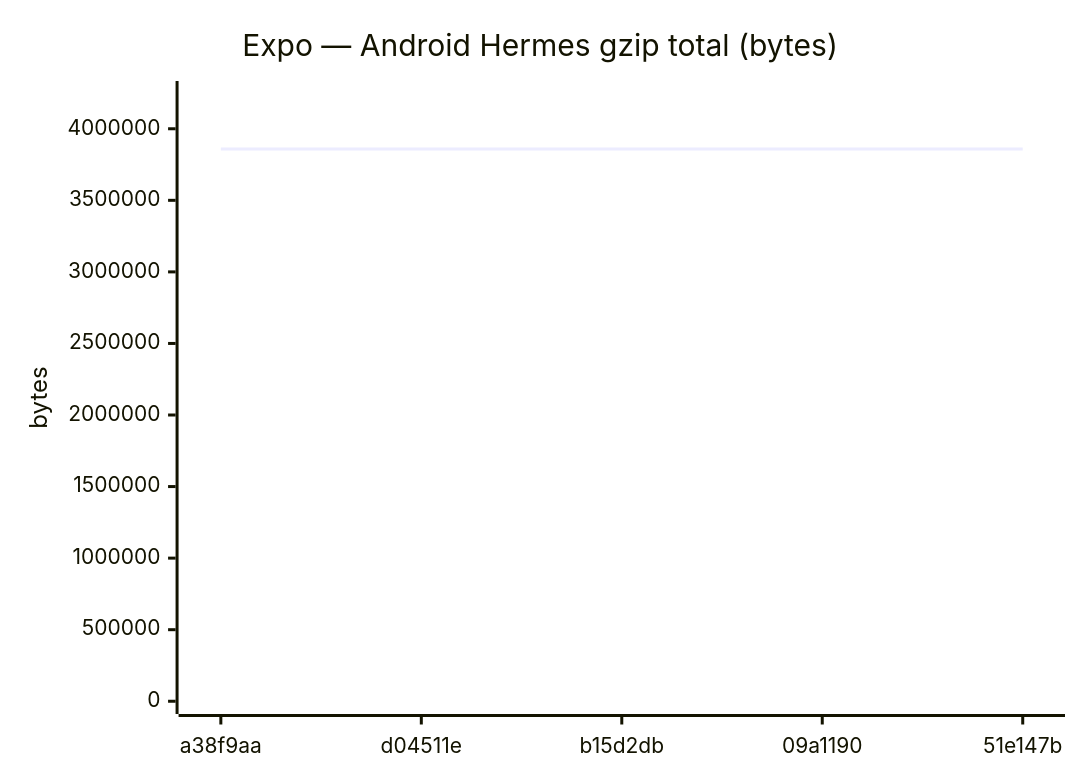
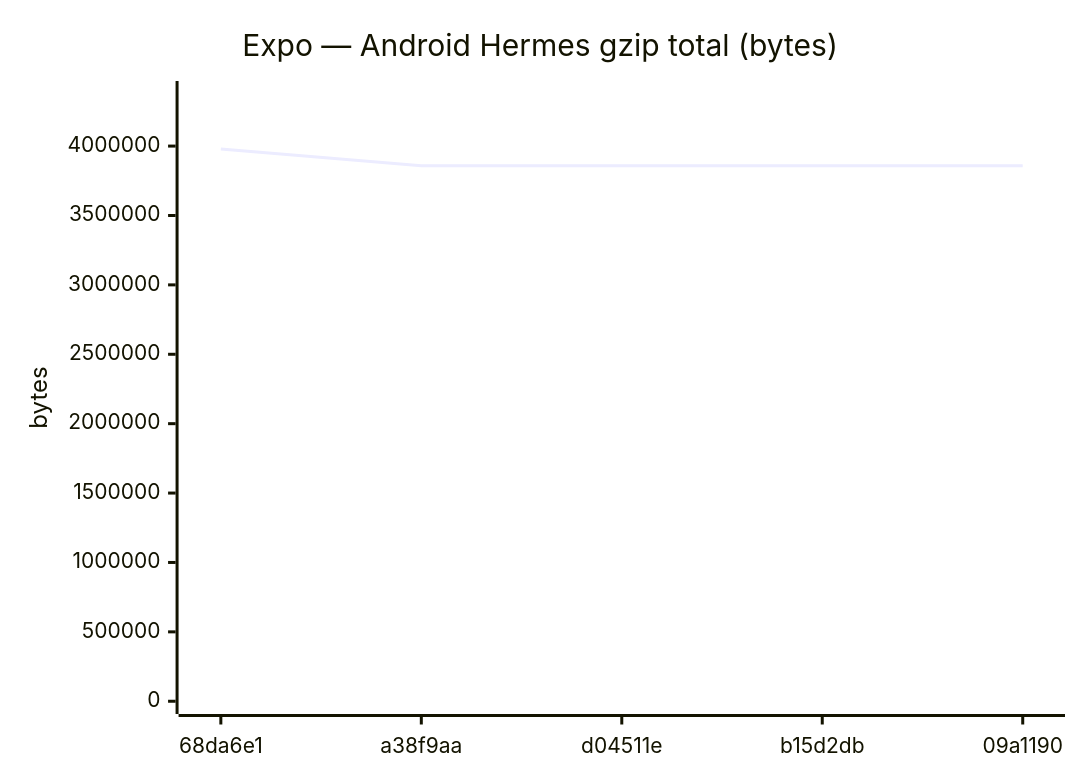
Diagram 11 of 18 in benchmarks/compare.md (Metaheurist/Rianell), drawn with Mermaid before and after one commit. The commit also changed other lines of this file and 11 other files, not shown here.

````diff
--- a/benchmarks/compare.md
+++ b/benchmarks/compare.md
@@ -172,7 +172,7 @@
 ```mermaid
 xychart-beta
     title "Expo — Android Hermes gzip total (bytes)"
-    x-axis ["a38f9aa", "d04511e", "b15d2db", "09a1190", "51e147b"]
-    y-axis "bytes" 0 --> 4244640
-    line [3858192, 3858192, 3858195, 3858763, 3858763]
+    x-axis ["68da6e1", "a38f9aa", "d04511e", "b15d2db", "09a1190"]
+    y-axis "bytes" 0 --> 4377096
+    line [3979178, 3858192, 3858192, 3858195, 3858763]
 ```
````
